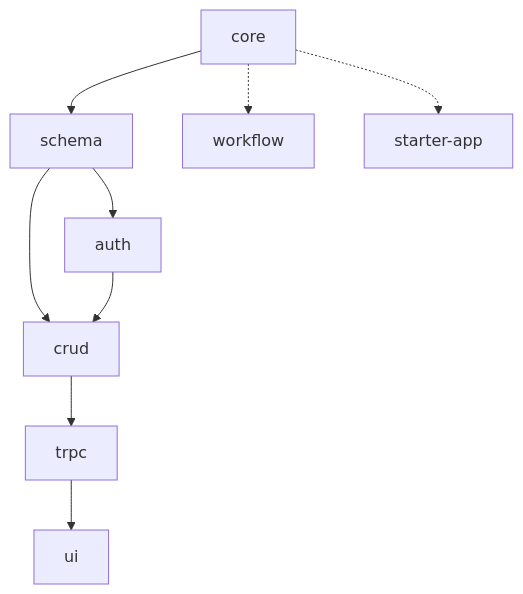
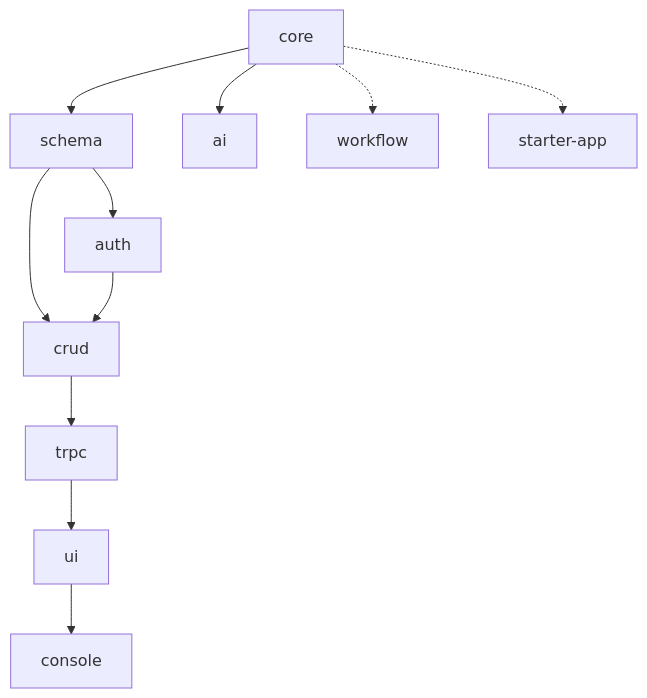
The diagram in ai-context/zh/system-design/overview.md (laofahai/linch-kit), drawn with Mermaid before and after one commit. The commit also changed other lines of this file and 34 other files, not shown here.

````diff
--- a/ai-context/zh/system-design/overview.md
+++ b/ai-context/zh/system-design/overview.md
@@ -90,21 +92,25 @@
 ```mermaid
 graph TD
     A[core] --> B[schema]
+    A --> I[ai]
     B --> C[auth]
     B --> D[crud]
     C --> D
     D --> E[trpc]
     E --> F[ui]
-    
+    F --> J[console]
+
     A -.-> G[workflow]
     A -.-> H[starter-app]
-    
+
     click A "./packages/core.md"
     click B "./packages/schema.md"
     click C "./packages/auth.md"
     click D "./packages/crud.md"
     click E "./packages/trpc.md"
     click F "./packages/ui.md"
     click G "./packages/workflow.md"
     click H "./packages/starter-app.md"
+    click I "./packages/ai-integration.md"
+    click J "./packages/console.md"
 ```
````
